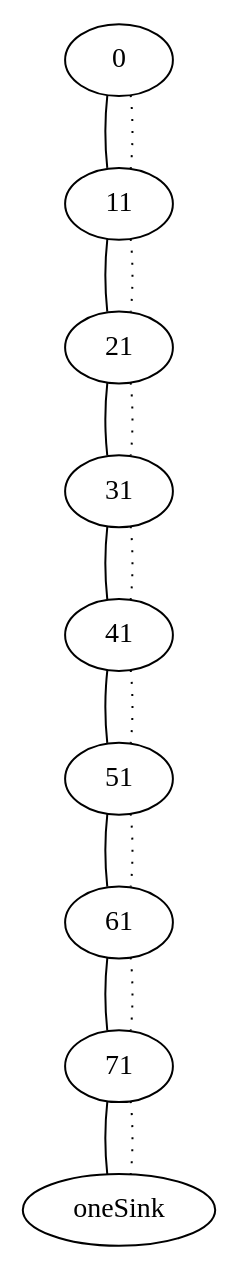
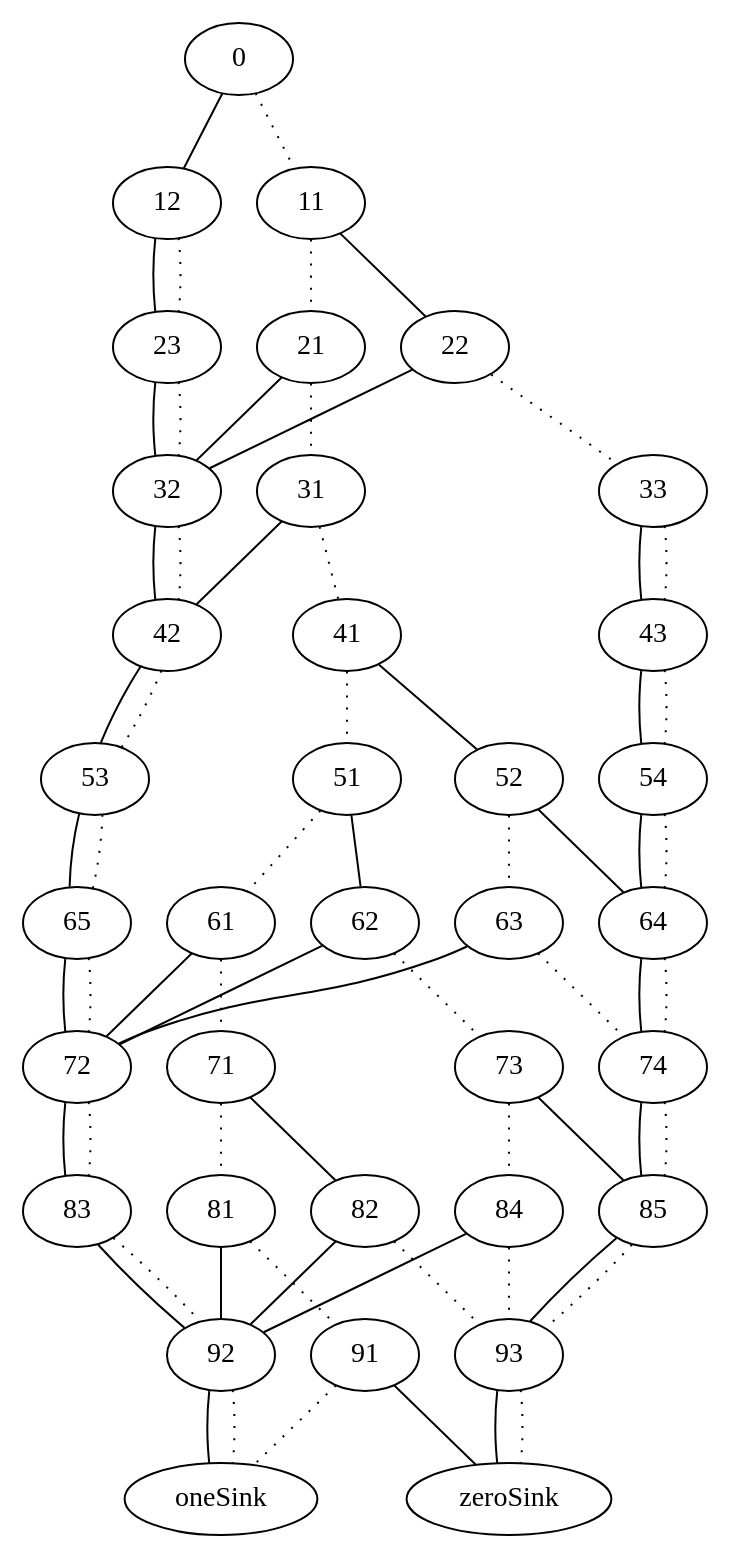
One commit to aelkhamsi/BNN_explainability changed the diagram in obdd/obdd.gv. Above: the diagram before and after it, drawn with Graphviz. The commit also changed 3 other files, not shown here.

```diff
--- a/obdd/obdd.gv
+++ b/obdd/obdd.gv
@@ -1,18 +1,68 @@
 digraph{
-0->11 [style=solid, arrowhead="none"];
+0->12 [style=solid, arrowhead="none"];
 0->11 [style=dotted, arrowhead="none"];
-11->21 [style=solid, arrowhead="none"];
+11->22 [style=solid, arrowhead="none"];
 11->21 [style=dotted, arrowhead="none"];
-21->31 [style=solid, arrowhead="none"];
+12->23 [style=solid, arrowhead="none"];
+12->23 [style=dotted, arrowhead="none"];
+21->32 [style=solid, arrowhead="none"];
 21->31 [style=dotted, arrowhead="none"];
-31->41 [style=solid, arrowhead="none"];
+22->32 [style=solid, arrowhead="none"];
+22->33 [style=dotted, arrowhead="none"];
+23->32 [style=solid, arrowhead="none"];
+23->32 [style=dotted, arrowhead="none"];
+31->42 [style=solid, arrowhead="none"];
 31->41 [style=dotted, arrowhead="none"];
-41->51 [style=solid, arrowhead="none"];
+32->42 [style=solid, arrowhead="none"];
+32->42 [style=dotted, arrowhead="none"];
+33->43 [style=solid, arrowhead="none"];
+33->43 [style=dotted, arrowhead="none"];
+41->52 [style=solid, arrowhead="none"];
 41->51 [style=dotted, arrowhead="none"];
-51->61 [style=solid, arrowhead="none"];
+42->53 [style=solid, arrowhead="none"];
+42->53 [style=dotted, arrowhead="none"];
+43->54 [style=solid, arrowhead="none"];
+43->54 [style=dotted, arrowhead="none"];
+51->62 [style=solid, arrowhead="none"];
 51->61 [style=dotted, arrowhead="none"];
-61->71 [style=solid, arrowhead="none"];
+52->64 [style=solid, arrowhead="none"];
+52->63 [style=dotted, arrowhead="none"];
+53->65 [style=solid, arrowhead="none"];
+53->65 [style=dotted, arrowhead="none"];
+54->64 [style=solid, arrowhead="none"];
+54->64 [style=dotted, arrowhead="none"];
+61->72 [style=solid, arrowhead="none"];
 61->71 [style=dotted, arrowhead="none"];
-71->oneSink [style=solid, arrowhead="none"];
-71->oneSink [style=dotted, arrowhead="none"];
+62->72 [style=solid, arrowhead="none"];
+62->73 [style=dotted, arrowhead="none"];
+63->72 [style=solid, arrowhead="none"];
+63->74 [style=dotted, arrowhead="none"];
+64->74 [style=solid, arrowhead="none"];
+64->74 [style=dotted, arrowhead="none"];
+65->72 [style=solid, arrowhead="none"];
+65->72 [style=dotted, arrowhead="none"];
+71->82 [style=solid, arrowhead="none"];
+71->81 [style=dotted, arrowhead="none"];
+72->83 [style=solid, arrowhead="none"];
+72->83 [style=dotted, arrowhead="none"];
+73->85 [style=solid, arrowhead="none"];
+73->84 [style=dotted, arrowhead="none"];
+74->85 [style=solid, arrowhead="none"];
+74->85 [style=dotted, arrowhead="none"];
+81->92 [style=solid, arrowhead="none"];
+81->91 [style=dotted, arrowhead="none"];
+82->92 [style=solid, arrowhead="none"];
+82->93 [style=dotted, arrowhead="none"];
+83->92 [style=solid, arrowhead="none"];
+83->92 [style=dotted, arrowhead="none"];
+84->92 [style=solid, arrowhead="none"];
+84->93 [style=dotted, arrowhead="none"];
+85->93 [style=solid, arrowhead="none"];
+85->93 [style=dotted, arrowhead="none"];
+91->zeroSink [style=solid, arrowhead="none"];
+91->oneSink [style=dotted, arrowhead="none"];
+92->oneSink [style=solid, arrowhead="none"];
+92->oneSink [style=dotted, arrowhead="none"];
+93->zeroSink [style=solid, arrowhead="none"];
+93->zeroSink [style=dotted, arrowhead="none"];
 }
```
